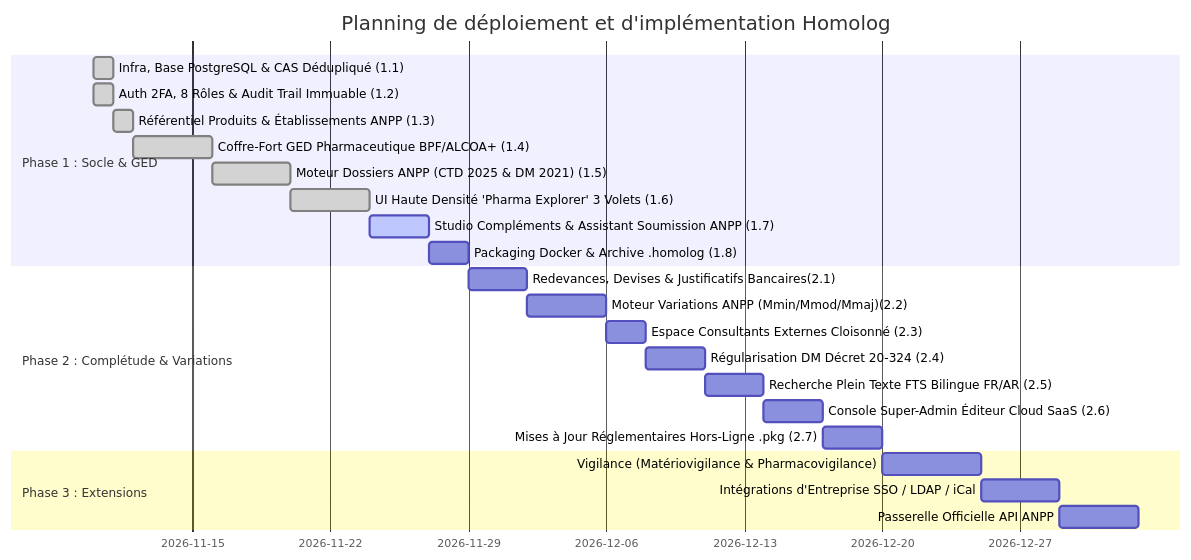
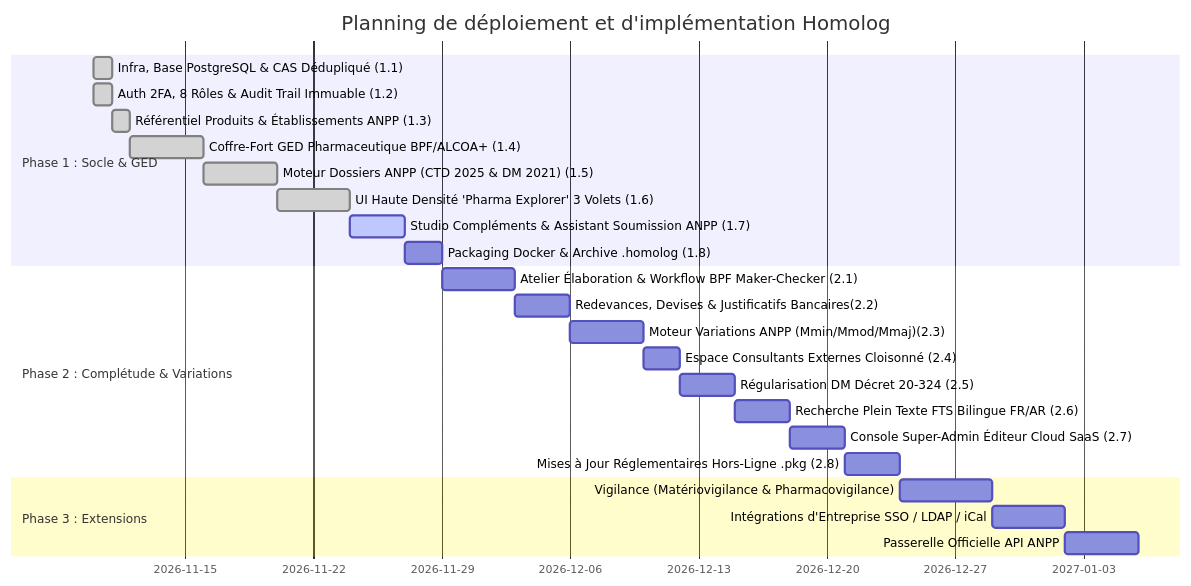
The diagram in docs/roadmap.md (aassr1965/homolog), drawn with Mermaid before and after one commit. The commit also changed other lines of this file and 1 other file, not shown here.

Commit message:
docs: formalize collaborative authoring requirements and Maker-Checker-Approver workflow in CDC and roadmap

````diff
--- a/docs/roadmap.md
+++ b/docs/roadmap.md
@@ -18,26 +18,27 @@
 ```mermaid
 gantt
     title Planning de déploiement et d'implémentation Homolog
     dateFormat  YYYY-MM-DD
     section Phase 1 : Socle & GED
     Infra, Base PostgreSQL & CAS Dédupliqué (1.1)    :done, p1_1, 2026-11-10, 1d
     Auth 2FA, 8 Rôles & Audit Trail Immuable (1.2)   :done, p1_2, 2026-11-10, 1d
     Référentiel Produits & Établissements ANPP (1.3) :done, p1_3, 2026-11-11, 1d
     Coffre-Fort GED Pharmaceutique BPF/ALCOA+ (1.4)  :done, p1_4, after p1_3, 4d
     Moteur Dossiers ANPP (CTD 2025 & DM 2021) (1.5)  :done, p1_5, after p1_4, 4d
     UI Haute Densité 'Pharma Explorer' 3 Volets (1.6):done, p1_6, after p1_5, 4d
     Studio Compléments & Assistant Soumission ANPP (1.7) :active, p1_7, after p1_6, 3d
     Packaging Docker & Archive .homolog (1.8)        :p1_8, after p1_7, 2d
     section Phase 2 : Complétude & Variations
-    Redevances, Devises & Justificatifs Bancaires(2.1):p2_1, after p1_8, 3d
-    Moteur Variations ANPP (Mmin/Mmod/Mmaj)(2.2)     :p2_2, after p2_1, 4d
-    Espace Consultants Externes Cloisonné (2.3)      :p2_3, after p2_2, 2d
-    Régularisation DM Décret 20-324 (2.4)            :p2_4, after p2_3, 3d
-    Recherche Plein Texte FTS Bilingue FR/AR (2.5)   :p2_5, after p2_4, 3d
-    Console Super-Admin Éditeur Cloud SaaS (2.6)     :p2_6, after p2_5, 3d
-    Mises à Jour Réglementaires Hors-Ligne .pkg (2.7):p2_7, after p2_6, 3d
+    Atelier Élaboration & Workflow BPF Maker-Checker (2.1):p2_1, after p1_8, 4d
+    Redevances, Devises & Justificatifs Bancaires(2.2):p2_2, after p2_1, 3d
+    Moteur Variations ANPP (Mmin/Mmod/Mmaj)(2.3)     :p2_3, after p2_2, 4d
+    Espace Consultants Externes Cloisonné (2.4)      :p2_4, after p2_3, 2d
+    Régularisation DM Décret 20-324 (2.5)            :p2_5, after p2_4, 3d
+    Recherche Plein Texte FTS Bilingue FR/AR (2.6)   :p2_6, after p2_5, 3d
+    Console Super-Admin Éditeur Cloud SaaS (2.7)     :p2_7, after p2_6, 3d
+    Mises à Jour Réglementaires Hors-Ligne .pkg (2.8):p2_8, after p2_7, 3d
     section Phase 3 : Extensions
-    Vigilance (Matériovigilance & Pharmacovigilance) :p3_1, after p2_7, 5d
+    Vigilance (Matériovigilance & Pharmacovigilance) :p3_1, after p2_8, 5d
     Intégrations d'Entreprise SSO / LDAP / iCal      :p3_2, after p3_1, 4d
     Passerelle Officielle API ANPP                   :p3_3, after p3_2, 4d
 ```
````
